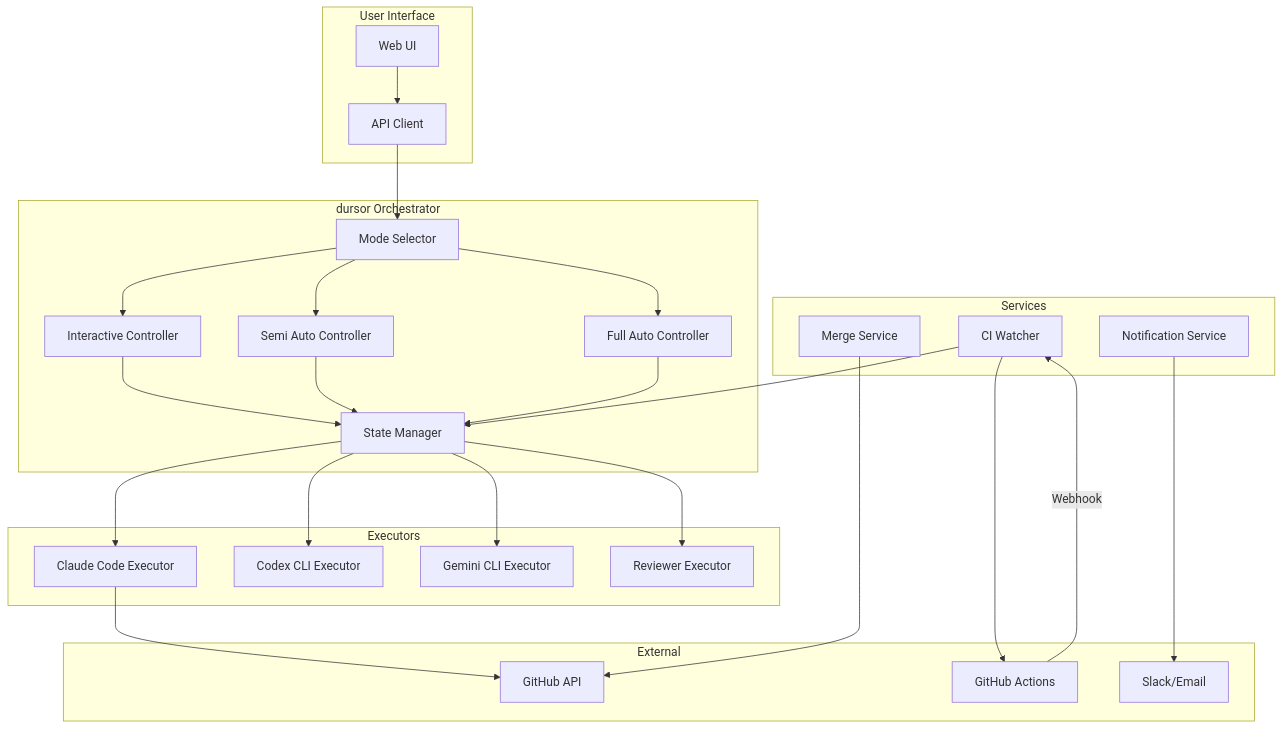
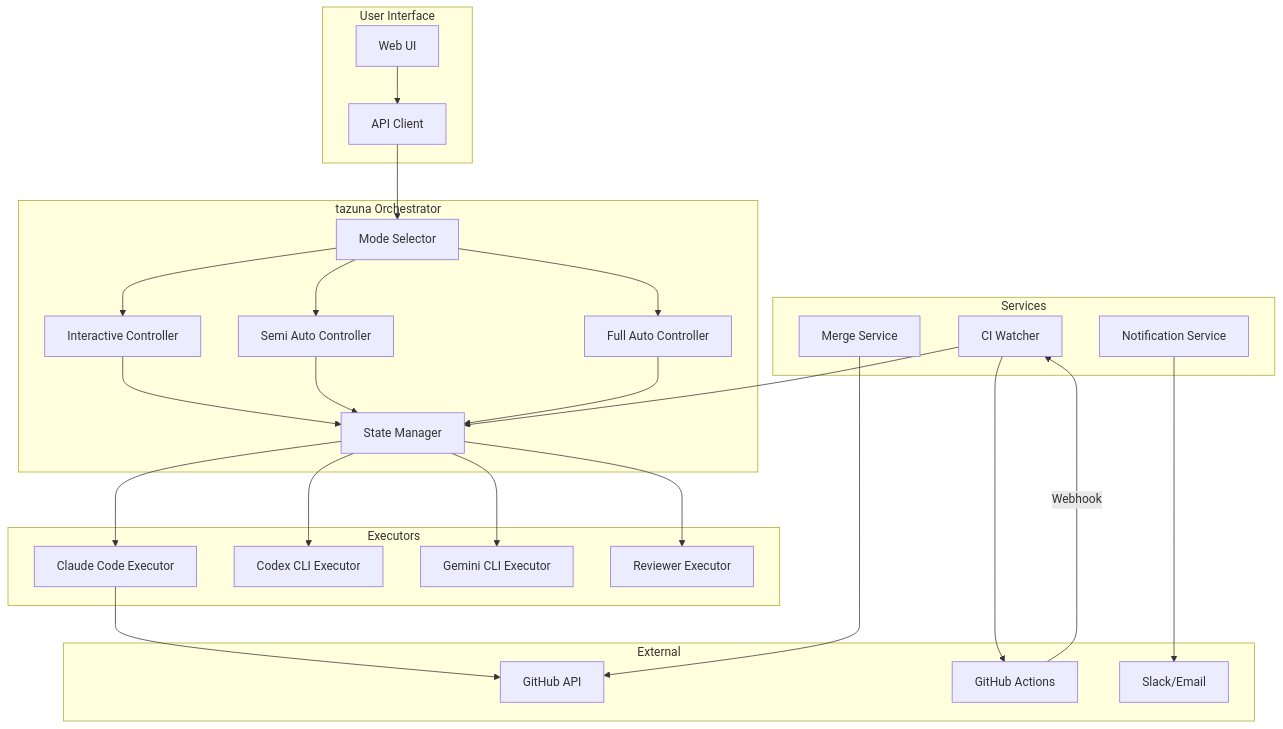
One commit to hampen2929/zloth changed diagram 11 of 16 in docs/coding-mode.md. Above: the diagram before and after it, drawn with Mermaid. The commit also changed other lines of this file and 103 other files, not shown here.

Commit message:
Rename from dursor to tazuna

````diff
--- a/docs/coding-mode.md
+++ b/docs/coding-mode.md
@@ -453,58 +453,58 @@
 ```mermaid
 flowchart TB
     subgraph User["User Interface"]
         UI[Web UI]
         API_Client[API Client]
     end
 
-    subgraph Orchestrator["dursor Orchestrator"]
+    subgraph Orchestrator["tazuna Orchestrator"]
         ModeSelector[Mode Selector]
         InteractiveCtrl[Interactive Controller]
         SemiAutoCtrl[Semi Auto Controller]
         FullAutoCtrl[Full Auto Controller]
         StateManager[State Manager]
     end
 
     subgraph Executors["Executors"]
         ClaudeCode[Claude Code Executor]
         CodexCLI[Codex CLI Executor]
         GeminiCLI[Gemini CLI Executor]
         ReviewerExec[Reviewer Executor]
     end
 
     subgraph Services["Services"]
         CIWatcher[CI Watcher]
         MergeService[Merge Service]
         NotifyService[Notification Service]
     end
 
     subgraph External["External"]
         GitHub[GitHub API]
         GitHubActions[GitHub Actions]
         Slack[Slack/Email]
     end
 
     UI --> API_Client
     API_Client --> ModeSelector
 
     ModeSelector --> InteractiveCtrl
     ModeSelector --> SemiAutoCtrl
     ModeSelector --> FullAutoCtrl
 
     InteractiveCtrl --> StateManager
     SemiAutoCtrl --> StateManager
     FullAutoCtrl --> StateManager
 
     StateManager --> ClaudeCode
     StateManager --> CodexCLI
     StateManager --> GeminiCLI
     StateManager --> ReviewerExec
 
     ClaudeCode --> GitHub
     CIWatcher --> GitHubActions
     MergeService --> GitHub
     NotifyService --> Slack
 
     GitHubActions -->|Webhook| CIWatcher
     CIWatcher --> StateManager
 ```
````
